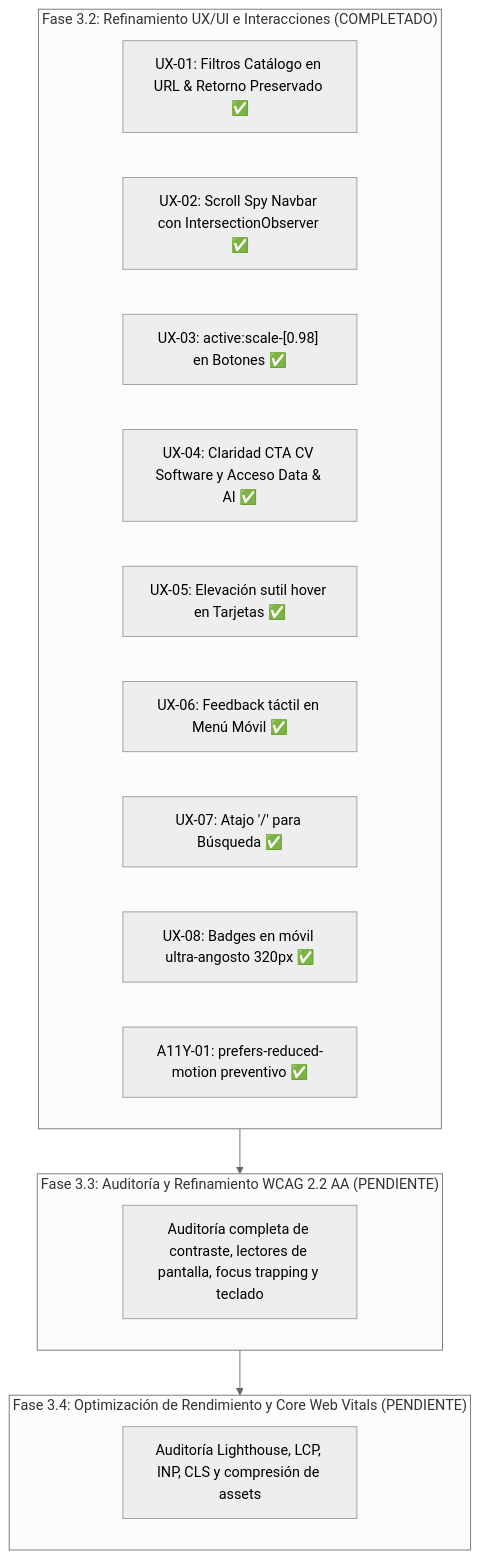
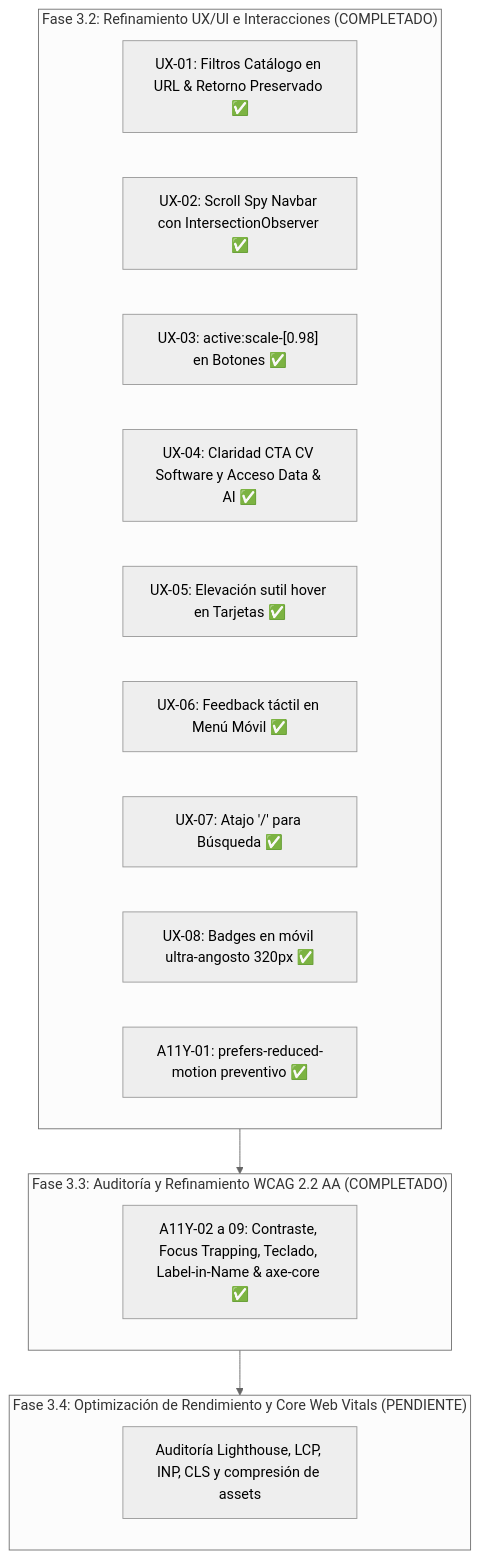
Before and after one commit to RicardoCardenas/ricardocardenas.github.io: the diagram in docs/planning/phase-3-improvement-backlog.md, drawn with Mermaid (neutral theme). The commit also changed other lines of this file and 48 other files, not shown here.

````diff
--- a/docs/planning/phase-3-improvement-backlog.md
+++ b/docs/planning/phase-3-improvement-backlog.md
@@ -166,25 +176,25 @@
 ```mermaid
 flowchart TD
     subgraph FASE_3_2["Fase 3.2: Refinamiento UX/UI e Interacciones (COMPLETADO)"]
         UX01["UX-01: Filtros Catálogo en URL & Retorno Preservado ✅"]
         UX02["UX-02: Scroll Spy Navbar con IntersectionObserver ✅"]
         UX03["UX-03: active:scale-[0.98] en Botones ✅"]
         UX04["UX-04: Claridad CTA CV Software y Acceso Data & AI ✅"]
         UX05["UX-05: Elevación sutil hover en Tarjetas ✅"]
         UX06["UX-06: Feedback táctil en Menú Móvil ✅"]
         UX07["UX-07: Atajo '/' para Búsqueda ✅"]
         UX08["UX-08: Badges en móvil ultra-angosto 320px ✅"]
         A11Y01["A11Y-01: prefers-reduced-motion preventivo ✅"]
     end
 
-    subgraph FASE_3_3["Fase 3.3: Auditoría y Refinamiento WCAG 2.2 AA (PENDIENTE)"]
-        A11Y_AUDIT["Auditoría completa de contraste, lectores de pantalla, focus trapping y teclado"]
+    subgraph FASE_3_3["Fase 3.3: Auditoría y Refinamiento WCAG 2.2 AA (COMPLETADO)"]
+        A11Y_AUDIT["A11Y-02 a 09: Contraste, Focus Trapping, Teclado, Label-in-Name & axe-core ✅"]
     end
 
     subgraph FASE_3_4["Fase 3.4: Optimización de Rendimiento y Core Web Vitals (PENDIENTE)"]
         PERF_AUDIT["Auditoría Lighthouse, LCP, INP, CLS y compresión de assets"]
     end
 
     FASE_3_2 --> FASE_3_3
     FASE_3_3 --> FASE_3_4
 ```
````
